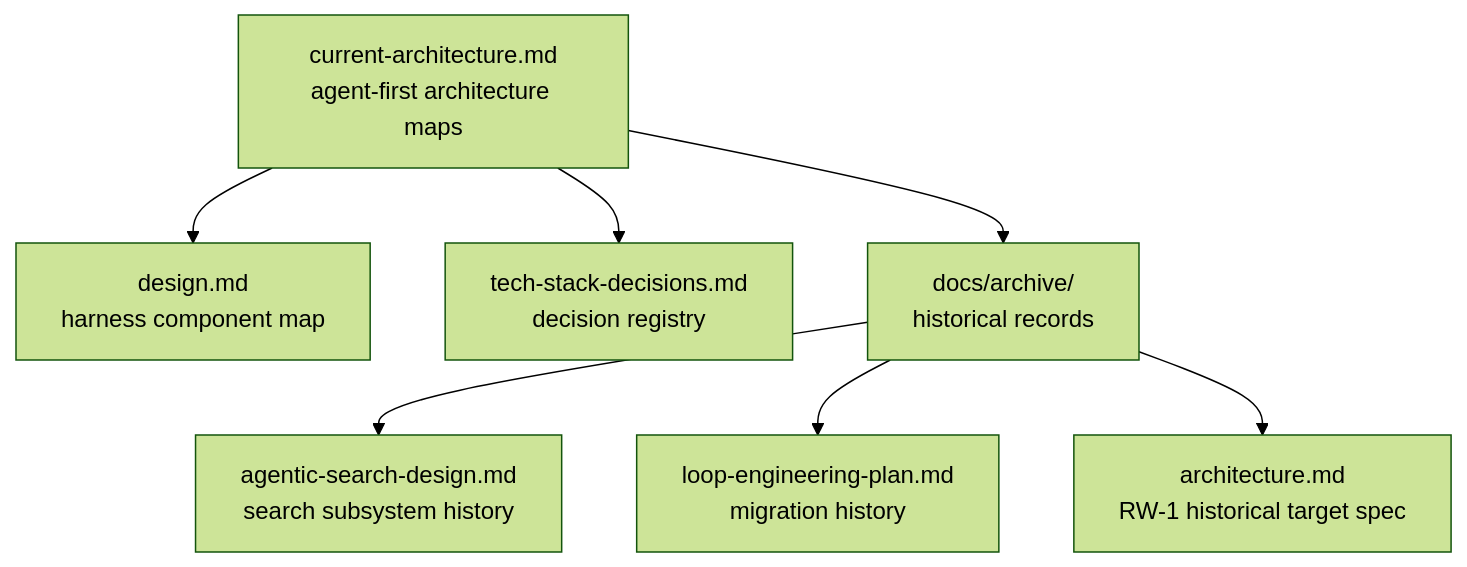
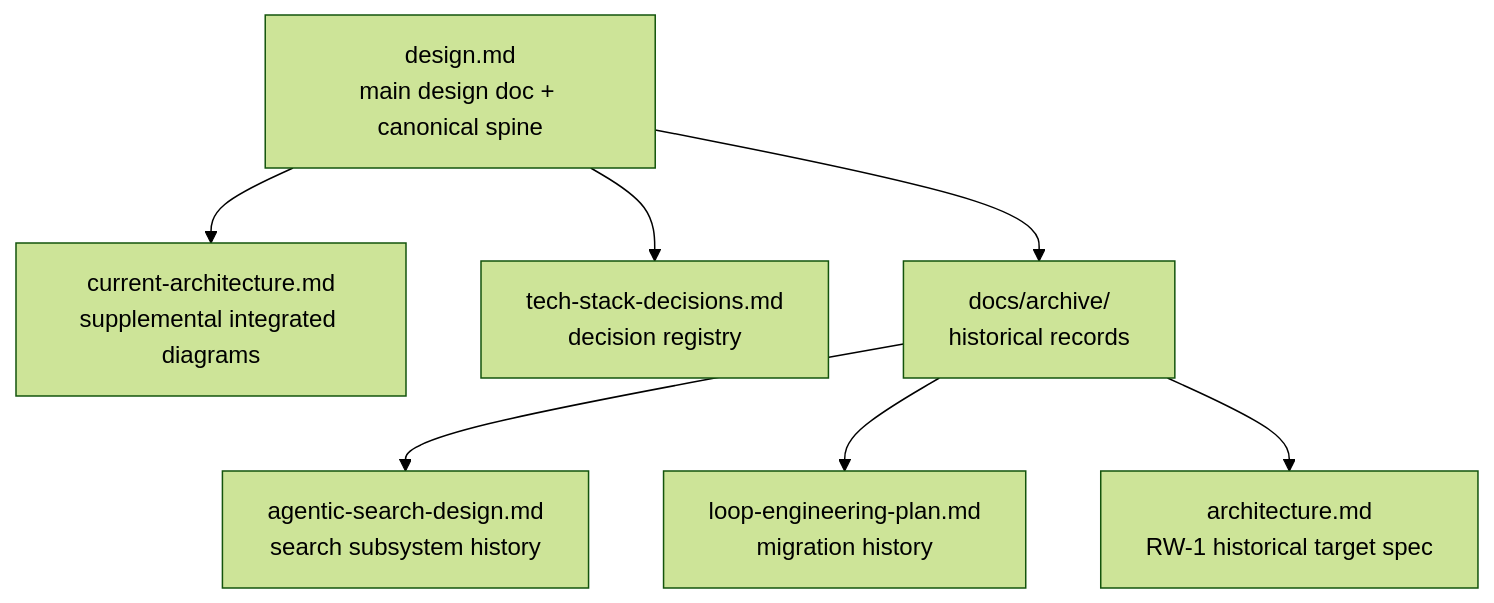
Before and after one commit to ImWenyaoT/chatty: the sixth of 6 diagrams in docs/current-architecture.md, drawn with Mermaid (forest theme). The commit also changed other lines of this file and 4 other files, not shown here.

First line of the commit message:
docs: fix stale references and dedup the harness spine diagram

````diff
--- a/docs/current-architecture.md
+++ b/docs/current-architecture.md
@@ -243,9 +232,9 @@
 ```mermaid
 flowchart TD
-  Current["current-architecture.md<br/>agent-first architecture maps"] --> Design["design.md<br/>harness component map"]
-  Current --> Decisions["tech-stack-decisions.md<br/>decision registry"]
-  Current --> Archive["docs/archive/<br/>historical records"]
+  Design["design.md<br/>main design doc + canonical spine"] --> Current["current-architecture.md<br/>supplemental integrated diagrams"]
+  Design --> Decisions["tech-stack-decisions.md<br/>decision registry"]
+  Design --> Archive["docs/archive/<br/>historical records"]
   Archive --> SearchDesign["agentic-search-design.md<br/>search subsystem history"]
   Archive --> LoopPlan["loop-engineering-plan.md<br/>migration history"]
   Archive --> Historical["architecture.md<br/>RW-1 historical target spec"]
 ```
````
